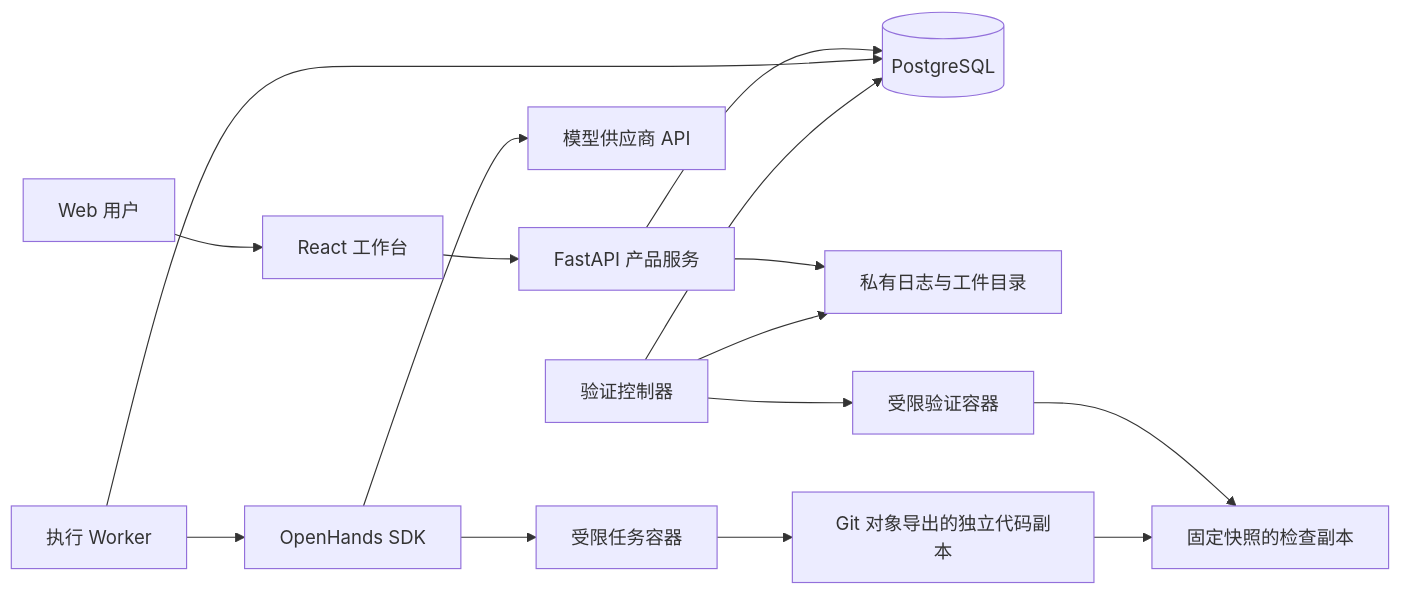
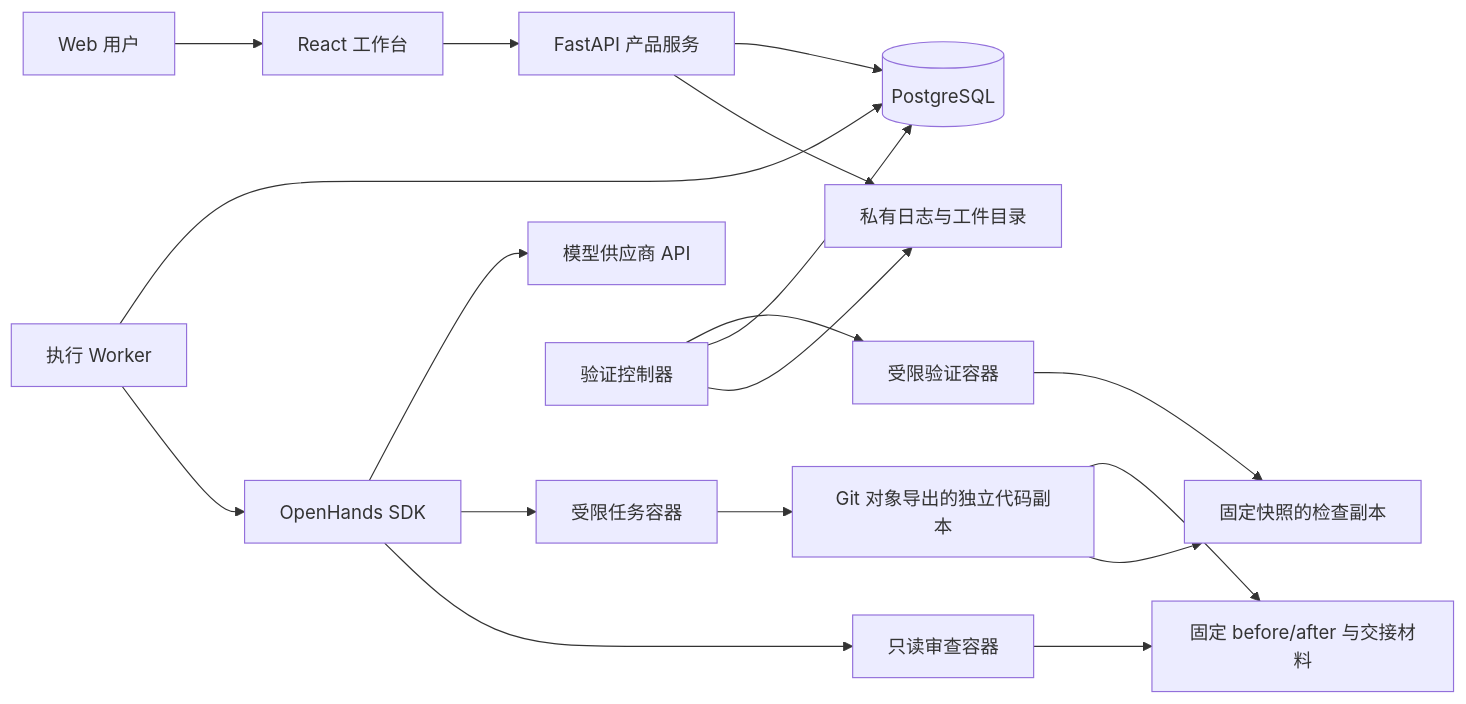
Before and after one commit to BensonYu/DooNex: the diagram in docs/ARCHITECTURE.md, drawn with Mermaid. The commit also changed other lines of this file and 4 other files, not shown here.

````diff
--- a/docs/ARCHITECTURE.md
+++ b/docs/ARCHITECTURE.md
@@ -23,17 +23,20 @@
 ```mermaid
 flowchart LR
     U[Web 用户] --> W[React 工作台]
     W --> A[FastAPI 产品服务]
     A --> D[(PostgreSQL)]
     A --> F[私有日志与工件目录]
     R[执行 Worker] --> D
     R --> S[OpenHands SDK]
     S --> M[模型供应商 API]
     S --> C[受限任务容器]
     C --> G[Git 对象导出的独立代码副本]
+    G --> H[固定 before/after 与交接材料]
+    S --> Q[只读审查容器]
+    Q --> H
     V[验证控制器] --> T[受限验证容器]
     T --> X[固定快照的检查副本]
     G --> X
     V --> D
     V --> F
 ```
````
